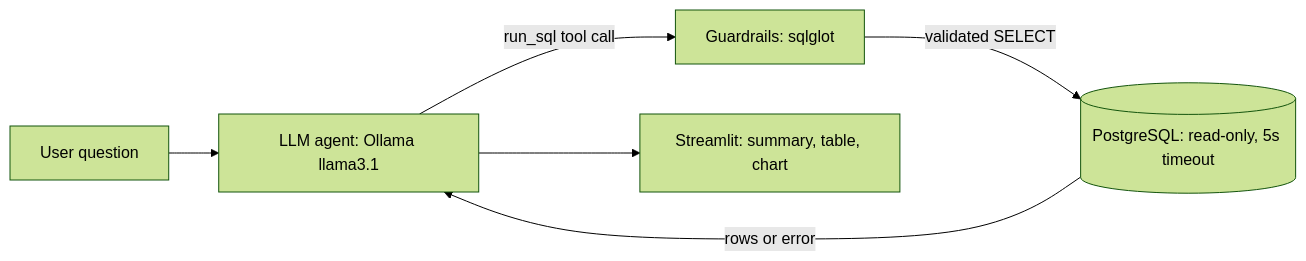
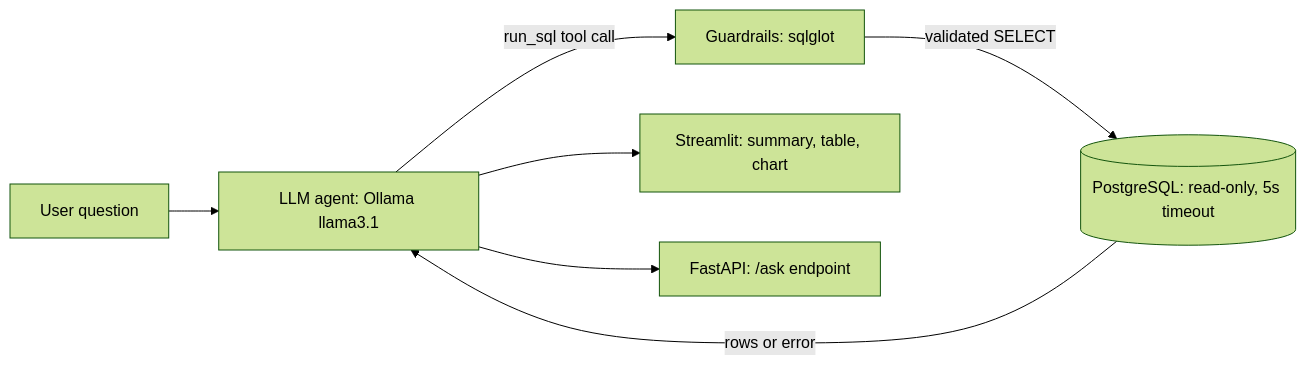
Before and after one commit to shwetash77/text-to-sql-agent: the diagram in README.md, drawn with Mermaid (forest theme). The commit also changed other lines of this file, not shown here.

Commit message:
Document the REST API in README

````diff
--- a/README.md
+++ b/README.md
@@ -16,8 +17,9 @@
 ```mermaid
 flowchart LR
   Q[User question] --> A[LLM agent: Ollama llama3.1]
   A -->|run_sql tool call| G[Guardrails: sqlglot]
   G -->|validated SELECT| D[(PostgreSQL: read-only, 5s timeout)]
   D -->|rows or error| A
   A --> UI[Streamlit: summary, table, chart]
+  A --> API[FastAPI: /ask endpoint]
 ```
````
